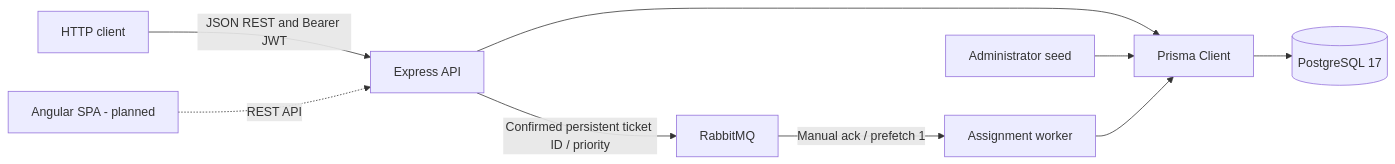
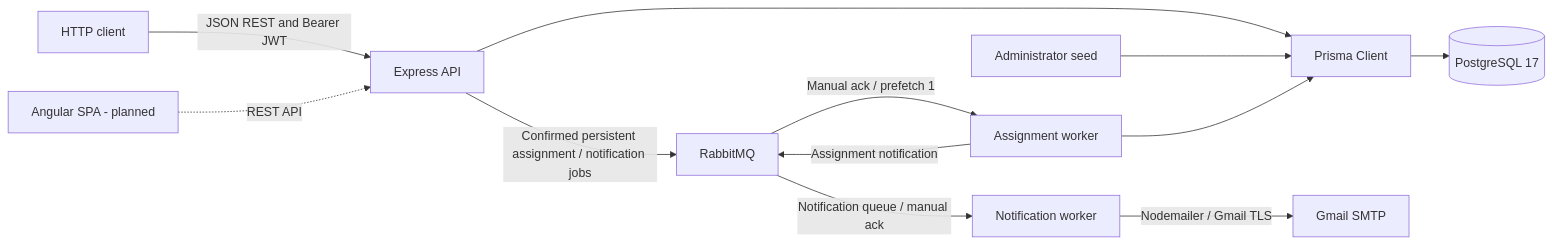
Before and after one commit to OzkrMonroy/support-ticket-system: the first of 2 diagrams in docs/ARCHITECTURE.md, drawn with Mermaid. The commit also changed other lines of this file and 19 other files, not shown here.

````diff
--- a/docs/ARCHITECTURE.md
+++ b/docs/ARCHITECTURE.md
@@ -9,11 +9,14 @@
 ```mermaid
 flowchart LR
     Client[HTTP client] -->|JSON REST and Bearer JWT| API[Express API]
     API --> Prisma[Prisma Client]
     Prisma --> DB[(PostgreSQL 17)]
     Seed[Administrator seed] --> Prisma
     Angular[Angular SPA - planned] -.->|REST API| API
-    API -->|Confirmed persistent ticket ID / priority| MQ[RabbitMQ]
+    API -->|Confirmed persistent assignment / notification jobs| MQ[RabbitMQ]
     MQ -->|Manual ack / prefetch 1| Worker[Assignment worker]
     Worker --> Prisma
+    Worker -->|Assignment notification| MQ
+    MQ -->|Notification queue / manual ack| MailWorker[Notification worker]
+    MailWorker -->|Nodemailer / Gmail TLS| SMTP[Gmail SMTP]
 ```
````
